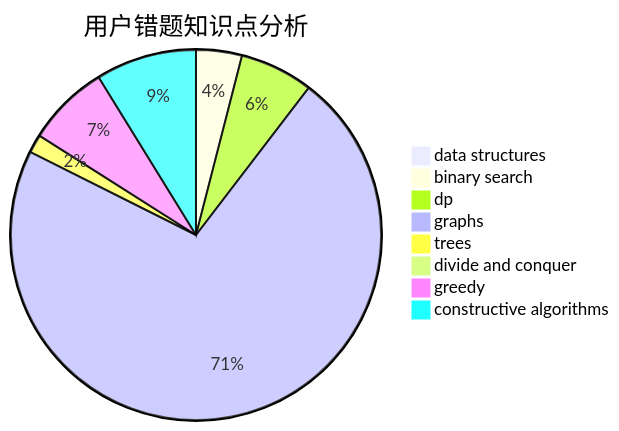
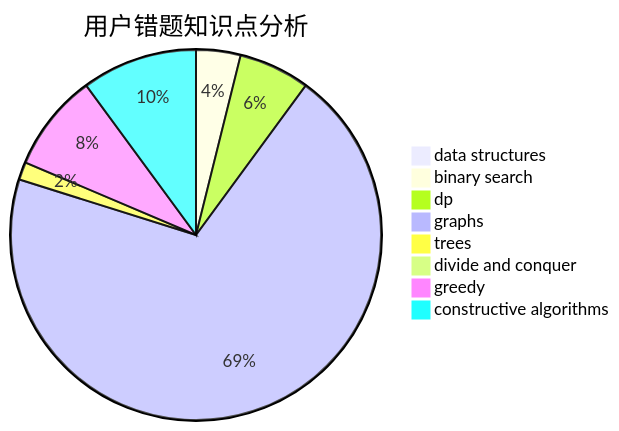
One commit to sherpahu/cfrs.github.io changed the third of 3 diagrams in docs/user/u20.md. Above: the diagram before and after it, drawn with Mermaid. The commit also changed other lines of this file and 2770 other files, not shown here.

````diff
--- a/docs/user/u20.md
+++ b/docs/user/u20.md
@@ -36,11 +36,11 @@
 ```mermaid
 pie title 用户错题知识点分析
     "data structures" :  1
     "binary search" :  5
     "dp" :  8
     "graphs" :  90
     "trees" :  2
     "divide and conquer" :  0
-    "greedy" :  9
-    "constructive algorithms" :  11
+    "greedy" :  11
+    "constructive algorithms" :  13
 ```
````
